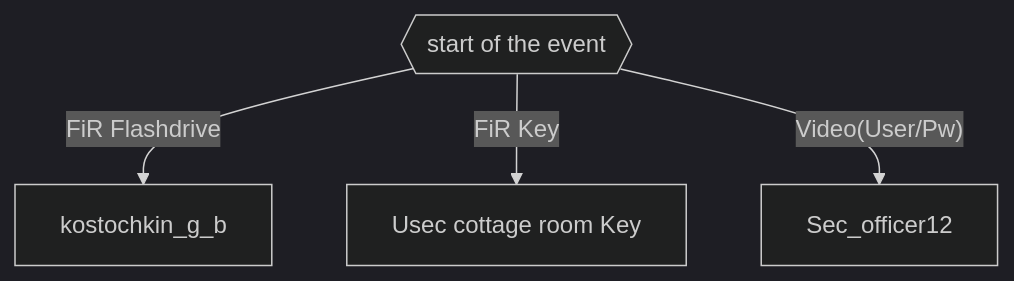
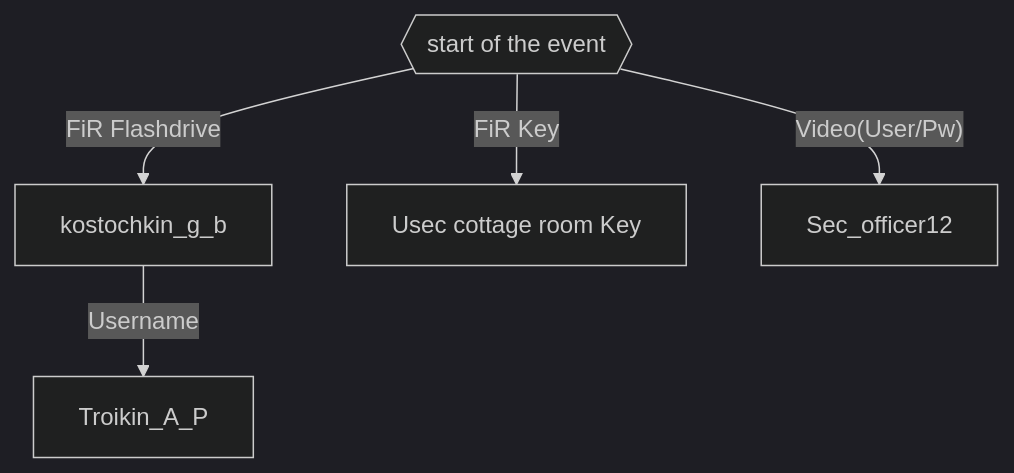
The diagram in README.md (3ncy/ARRS-s6), drawn with Mermaid (dark theme) before and after one commit. The commit also changed other lines of this file, not shown here.

````diff
--- a/README.md
+++ b/README.md
@@ -9,6 +10,7 @@
 ```mermaid
 graph TD;
     start{{start of the event}} --FiR Flashdrive--> kostochkin_g_b;
-    start{{start of the event}} --FiR Key--> Key1[Usec cottage room Key]
-    start{{start of the event}} --Video(User/Pw)--> Sec_officer12
+    start{{start of the event}} --FiR Key--> Key1[Usec cottage room Key];
+    start{{start of the event}} --Video(User/Pw)--> Sec_officer12;
+    kostochkin_g_b --Username-->Troikin_A_P;
 ```
````
